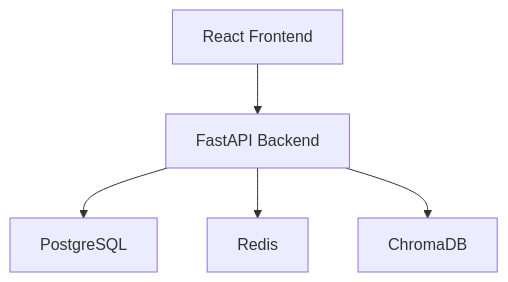
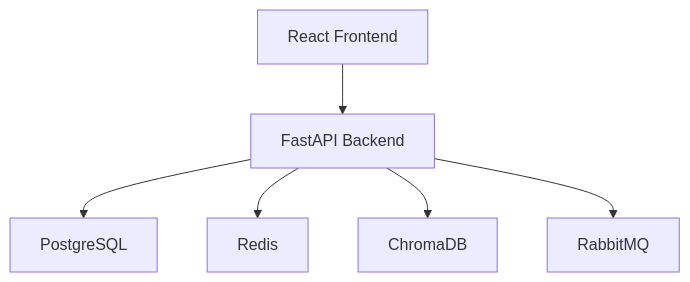
Before and after one commit to KishanG02/ai-software-engineering-team: the first of 2 diagrams in output/architecture.md, drawn with Mermaid. The commit also changed other lines of this file and 4 other files, not shown here.

````diff
--- a/output/architecture.md
+++ b/output/architecture.md
@@ -33,13 +33,15 @@
 ```mermaid
 graph TD
 A[React Frontend]
 B[FastAPI Backend]
 C[PostgreSQL]
 D[Redis]
 E[ChromaDB]
+F[RabbitMQ]
 
 A --> B
 B --> C
 B --> D
 B --> E
+B --> F
 ```
````
